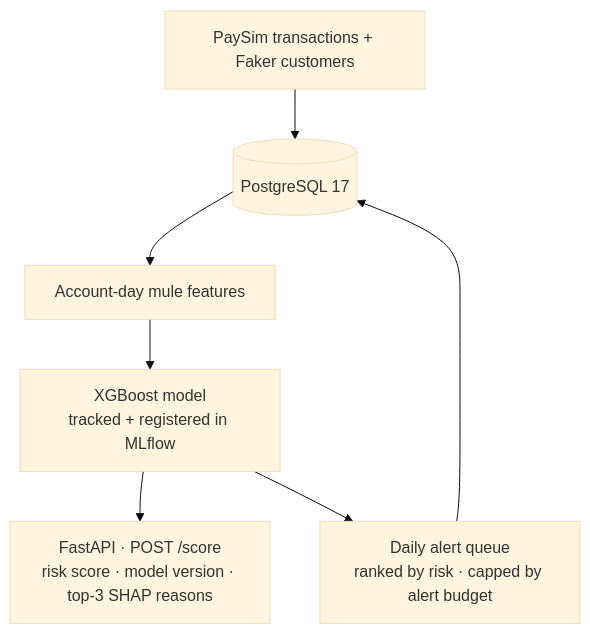
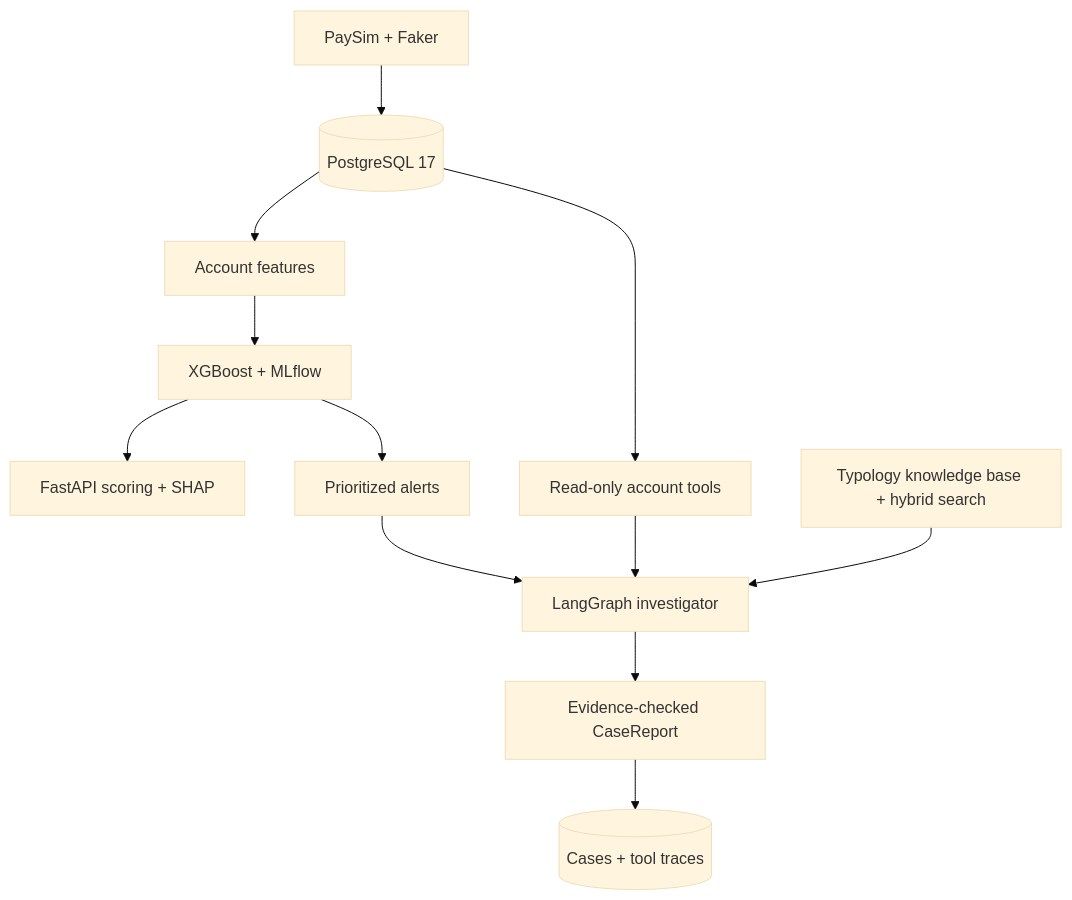
Before and after one commit to thearyangupta/MuleWatch: the first of 3 diagrams in README.md, drawn with Mermaid (base theme). The commit also changed other lines of this file, not shown here.

Commit message:
docs: condense README and document LangGraph investigations

````diff
--- a/README.md
+++ b/README.md
@@ -32,9 +28,14 @@
 ```mermaid
 flowchart TD
-    A[PaySim transactions + Faker customers] --> B[(PostgreSQL 17)]
-    B --> C[Account-day mule features]
-    C --> D[XGBoost model<br/>tracked + registered in MLflow]
-    D --> E[FastAPI · POST /score<br/>risk score · model version · top-3 SHAP reasons]
-    D --> F[Daily alert queue<br/>ranked by risk · capped by alert budget]
-    F --> B
+    A[PaySim + Faker] --> B[(PostgreSQL 17)]
+    B --> C[Account features]
+    C --> D[XGBoost + MLflow]
+    D --> E[FastAPI scoring + SHAP]
+    D --> F[Prioritized alerts]
+    F --> G[LangGraph investigator]
+    B --> H[Read-only account tools]
+    H --> G
+    I[Typology knowledge base + hybrid search] --> G
+    G --> J[Evidence-checked CaseReport]
+    J --> K[(Cases + tool traces)]
 ```
````
